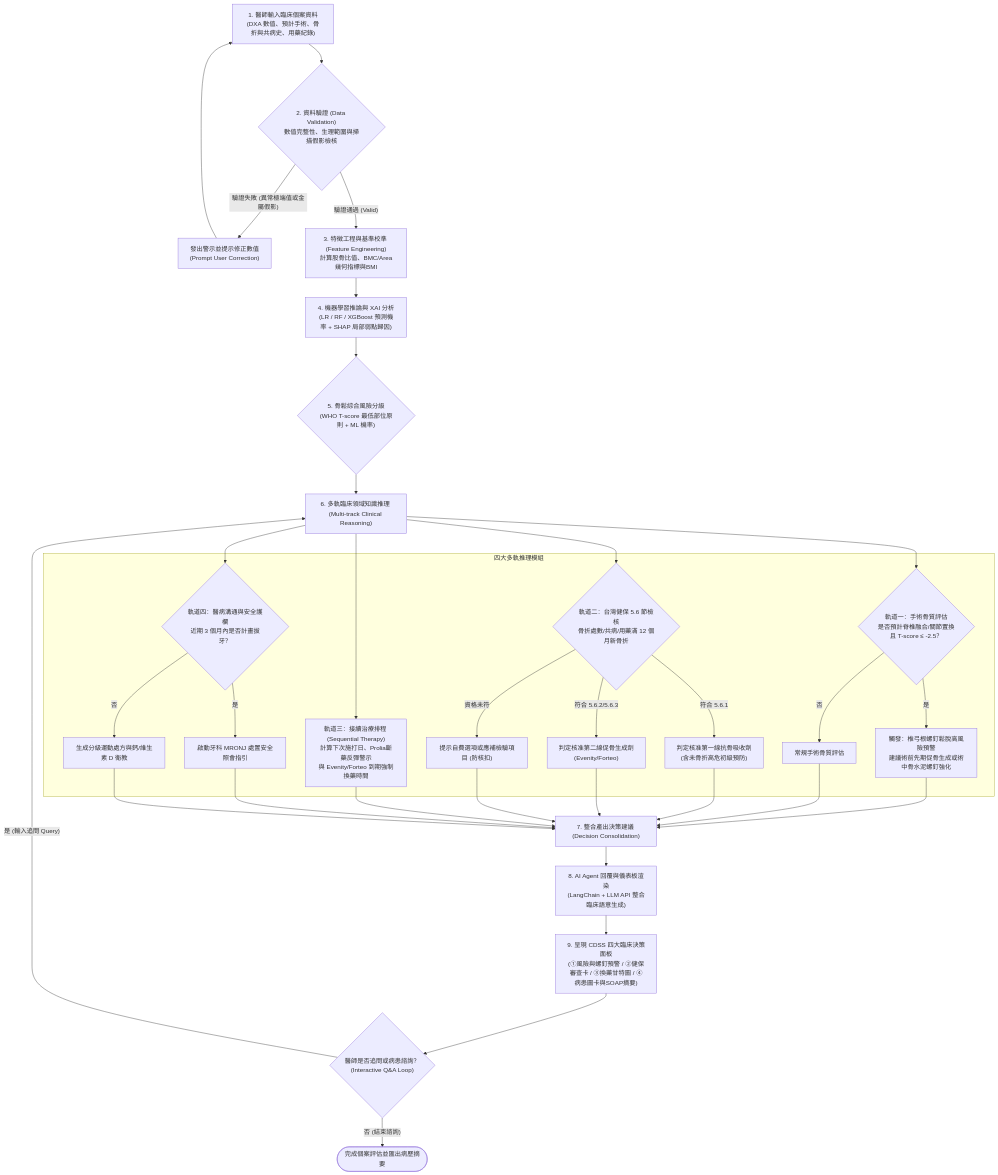
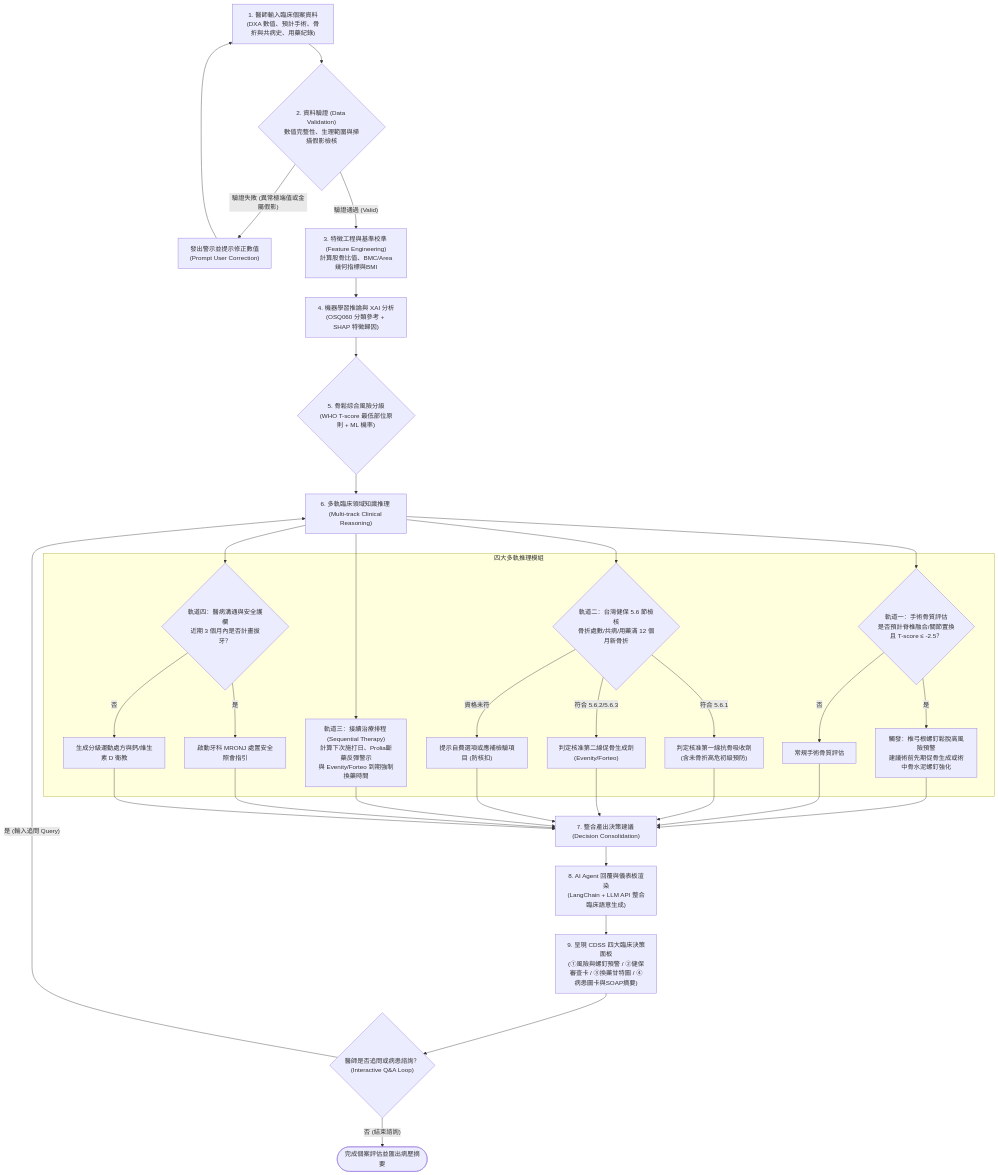
Before and after one commit to contemplator/nchu-bone-health-agent: the second of 2 diagrams in PROPOSAL.md, drawn with Mermaid. The commit also changed other lines of this file and 5 other files, not shown here.

````diff
--- a/PROPOSAL.md
+++ b/PROPOSAL.md
@@ -338,52 +338,52 @@
 ```mermaid
 flowchart TD
     A["1. 醫師輸入臨床個案資料<br/>(DXA 數值、預計手術、骨折與共病史、用藥紀錄)"] --> B{"2. 資料驗證 (Data Validation)<br/>數值完整性、生理範圍與掃描假影檢核"}
     
     B -- "驗證失敗 (異常極端值或金屬假影)" --> B_ERR["發出警示並提示修正數值<br/>(Prompt User Correction)"]
     B_ERR --> A
     
     B -- "驗證通過 (Valid)" --> C["3. 特徵工程與基準校準 (Feature Engineering)<br/>計算股骨比值、BMC/Area幾何指標與BMI"]
-    C --> D["4. 機器學習推論與 XAI 分析<br/>(LR / RF / XGBoost 預測機率 + SHAP 局部弱點歸因)"]
+    C --> D["4. 機器學習推論與 XAI 分析<br/>(OSQ060 分類參考 + SHAP 特徵歸因)"]
     
     D --> E{"5. 骨鬆綜合風險分級<br/>(WHO T-score 最低部位原則 + ML 機率)"}
     
     E --> F["6. 多軌臨床領域知識推理 (Multi-track Clinical Reasoning)"]
     
     subgraph Multi_Track_Reasoning ["四大多軌推理模組"]
         F1{"軌道一：手術骨質評估<br/>是否預計脊椎融合/關節置換<br/>且 T-score ≤ -2.5？"}
         F1 -- "是" --> F1_ALERT["觸發：椎弓根螺釘鬆脫高風險預警<br/>建議術前先期促骨生成或術中骨水泥螺釘強化"]
         F1 -- "否" --> F1_SAFE["常規手術骨質評估"]
         
         F2{"軌道二：台灣健保 5.6 節檢核<br/>骨折處數/共病/用藥滿 12 個月新骨折"}
         F2 -- "符合 5.6.1" --> F2_1["判定核准第一線抗骨吸收劑<br/>(含未骨折高危初級預防)"]
         F2 -- "符合 5.6.2/5.6.3" --> F2_2["判定核准第二線促骨生成劑<br/>(Evenity/Forteo)"]
         F2 -- "資格未符" --> F2_3["提示自費選項或應補檢驗項目 (防核扣)"]
         
         F3["軌道三：接續治療排程 (Sequential Therapy)<br/>計算下次施打日、Prolia斷藥反彈警示<br/>與 Evenity/Forteo 到期強制換藥時間"]
         
         F4{"軌道四：醫病溝通與安全護欄<br/>近期 3 個月內是否計畫拔牙？"}
         F4 -- "是" --> F4_ALERT["啟動牙科 MRONJ 處置安全照會指引"]
         F4 -- "否" --> F4_PLAN["生成分級運動處方與鈣/維生素 D 衛教"]
     end
     
     F --> F1
     F --> F2
     F --> F3
     F --> F4
     
     F1_ALERT --> G["7. 整合產出決策建議 (Decision Consolidation)"]
     F1_SAFE --> G
     F2_1 --> G
     F2_2 --> G
     F2_3 --> G
     F3 --> G
     F4_ALERT --> G
     F4_PLAN --> G
     
     G --> H["8. AI Agent 回覆與儀表板渲染<br/>(LangChain + LLM API 整合臨床語意生成)"]
     H --> I["9. 呈現 CDSS 四大臨床決策面板<br/>(①風險與螺釘預警 / ②健保審查卡 / ③換藥甘特圖 / ④病患圖卡與SOAP摘要)"]
     
     I --> J{"醫師是否追問或病患諮詢？<br/>(Interactive Q&A Loop)"}
     J -- "是 (輸入追問 Query)" --> F
     J -- "否 (結束諮詢)" --> K(["完成個案評估並匯出病歷摘要"])
 ```
````
